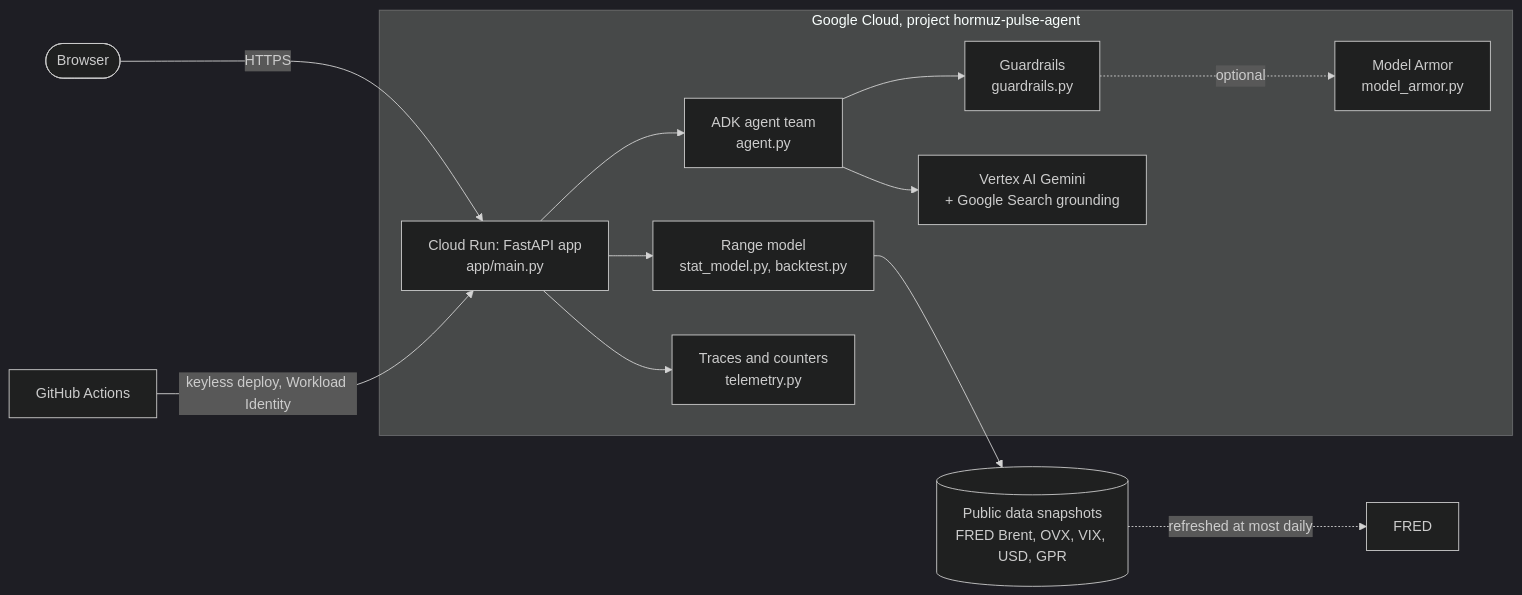
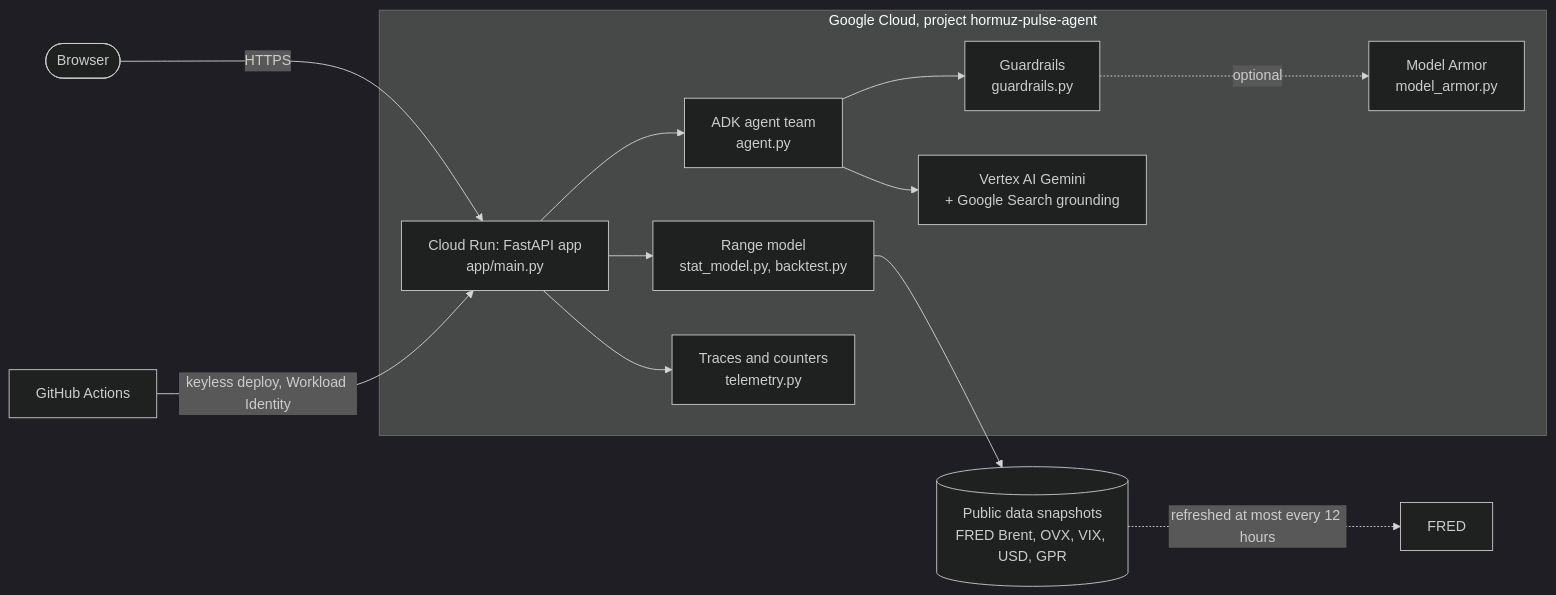
Before and after one commit to nasirtrekker/hormuz-pulse-ai-agent: the first of 4 diagrams in README.md, drawn with Mermaid (dark theme). The commit also changed other lines of this file and 7 other files, not shown here.

````diff
--- a/README.md
+++ b/README.md
@@ -89,16 +87,16 @@
 ```mermaid
 flowchart LR
     User([Browser]) -->|HTTPS| CR
     subgraph GCP[Google Cloud, project hormuz-pulse-agent]
         CR[Cloud Run: FastAPI app<br/>app/main.py]
         CR --> RM[Range model<br/>stat_model.py, backtest.py]
         CR --> AG[ADK agent team<br/>agent.py]
         CR --> TM[Traces and counters<br/>telemetry.py]
         AG --> GR[Guardrails<br/>guardrails.py]
         GR -.optional.-> MA[Model Armor<br/>model_armor.py]
         AG --> VX[Vertex AI Gemini<br/>+ Google Search grounding]
     end
     RM --> DS[(Public data snapshots<br/>FRED Brent, OVX, VIX, USD, GPR)]
-    DS -. refreshed at most daily .-> FRED[FRED]
+    DS -. refreshed at most every 12 hours .-> FRED[FRED]
     GH[GitHub Actions] -->|keyless deploy, Workload Identity| CR
 ```
````
